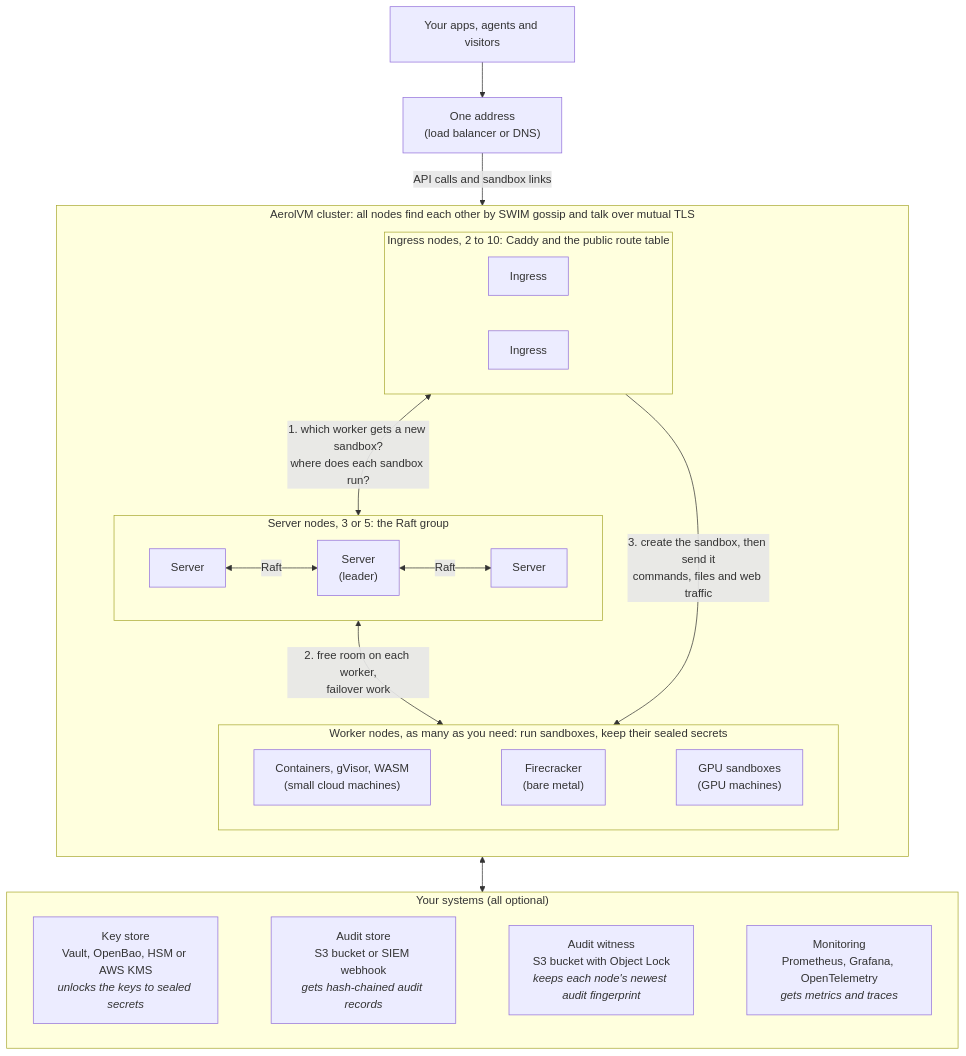
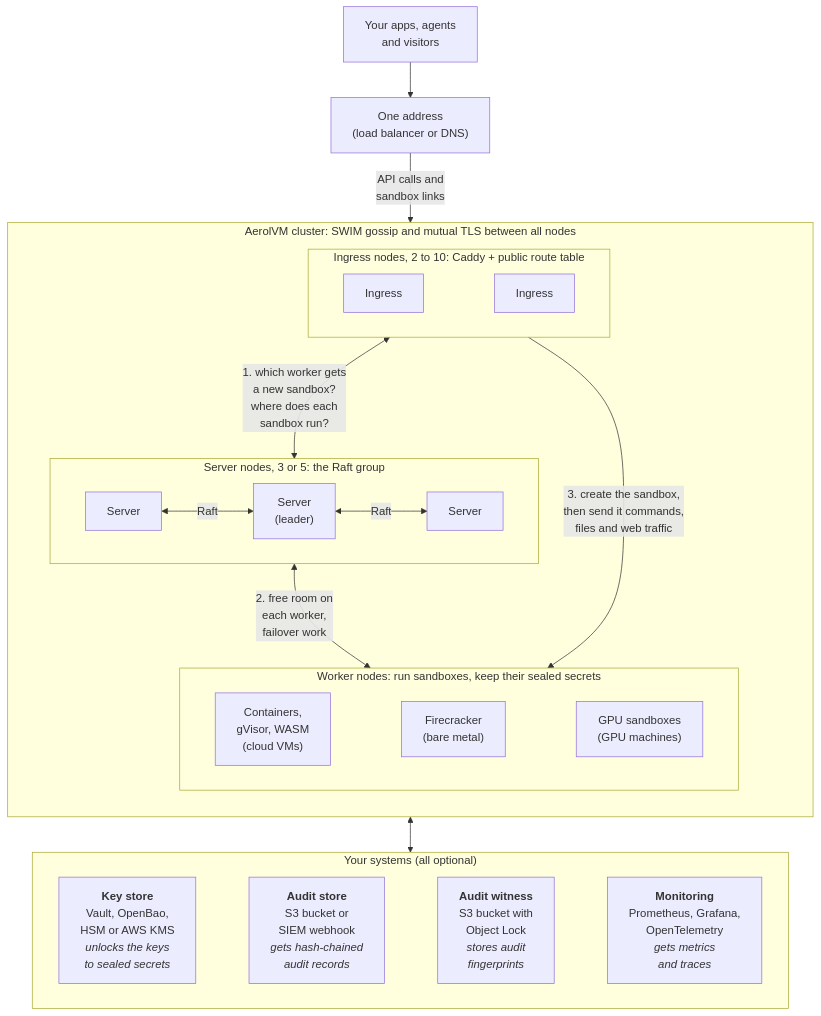
Before and after one commit to aerol-ai/microvm: the diagram in README.md, drawn with Mermaid.

Commit message:
docs(readme): fix the diagram's layout on GitHub
On GitHub the ingress box had a large empty area and the load
balancer's arrow ran through the cluster title. The arrow now ends at
the cluster box, the boxes in "Your systems" use short lines, and the
witness box says what it stores in fewer words.

````diff
--- a/README.md
+++ b/README.md
@@ -71,32 +71,28 @@
 ```mermaid
 flowchart TB
-    Users["Your apps, agents and visitors"] --> LB["One address<br/>(load balancer or DNS)"]
-    LB -- "API calls and sandbox links" --> Ingress
-
-    subgraph Cluster["AerolVM cluster: all nodes find each other by SWIM gossip and talk over mutual TLS"]
+    Users["Your apps, agents<br/>and visitors"] --> LB["One address<br/>(load balancer or DNS)"]
+    LB -- "API calls and<br/>sandbox links" --> Cluster
+    subgraph Cluster["AerolVM cluster: SWIM gossip and mutual TLS between all nodes"]
         direction TB
-        subgraph Ingress["Ingress nodes, 2 to 10: Caddy and the public route table"]
+        subgraph Ingress["Ingress nodes, 2 to 10: Caddy + public route table"]
             direction LR
-            I1["Ingress"]
-            I2["Ingress"]
+            I1["Ingress"] ~~~ I2["Ingress"]
         end
         subgraph Servers["Server nodes, 3 or 5: the Raft group"]
             direction LR
             S1["Server"] <-- "Raft" --> S2["Server<br/>(leader)"] <-- "Raft" --> S3["Server"]
         end
-        subgraph Workers["Worker nodes, as many as you need: run sandboxes, keep their sealed secrets"]
+        subgraph Workers["Worker nodes: run sandboxes, keep their sealed secrets"]
             direction LR
-            W1["Containers, gVisor, WASM<br/>(small cloud machines)"] ~~~ W2["Firecracker<br/>(bare metal)"] ~~~ W3["GPU sandboxes<br/>(GPU machines)"]
+            W1["Containers,<br/>gVisor, WASM<br/>(cloud VMs)"] ~~~ W2["Firecracker<br/>(bare metal)"] ~~~ W3["GPU sandboxes<br/>(GPU machines)"]
         end
     end
-
-    Ingress <-- "1. which worker gets a new sandbox?<br/>where does each sandbox run?" --> Servers
-    Servers <-- "2. free room on each worker,<br/>failover work" --> Workers
-    Ingress -- "3. create the sandbox, then send it<br/>commands, files and web traffic" --> Workers
-
+    Ingress <-- "1. which worker gets<br/>a new sandbox?<br/>where does each<br/>sandbox run?" --> Servers
+    Servers <-- "2. free room on<br/>each worker,<br/>failover work" --> Workers
+    Ingress -- "3. create the sandbox,<br/>then send it commands,<br/>files and web traffic" --> Workers
     subgraph Yours["Your systems (all optional)"]
         direction LR
-        Keys["Key store<br/>Vault, OpenBao, HSM or AWS KMS<br/><i>unlocks the keys to sealed secrets</i>"] ~~~ Audit["Audit store<br/>S3 bucket or SIEM webhook<br/><i>gets hash-chained audit records</i>"] ~~~ Witness["Audit witness<br/>S3 bucket with Object Lock<br/><i>keeps each node's newest audit fingerprint</i>"] ~~~ Obs["Monitoring<br/>Prometheus, Grafana, OpenTelemetry<br/><i>gets metrics and traces</i>"]
+        Keys["<b>Key store</b><br/>Vault, OpenBao,<br/>HSM or AWS KMS<br/><i>unlocks the keys<br/>to sealed secrets</i>"] ~~~ Audit["<b>Audit store</b><br/>S3 bucket or<br/>SIEM webhook<br/><i>gets hash-chained<br/>audit records</i>"] ~~~ Witness["<b>Audit witness</b><br/>S3 bucket with<br/>Object Lock<br/><i>stores audit<br/>fingerprints</i>"] ~~~ Obs["<b>Monitoring</b><br/>Prometheus, Grafana,<br/>OpenTelemetry<br/><i>gets metrics<br/>and traces</i>"]
     end
     Cluster <--> Yours
 ```
````
